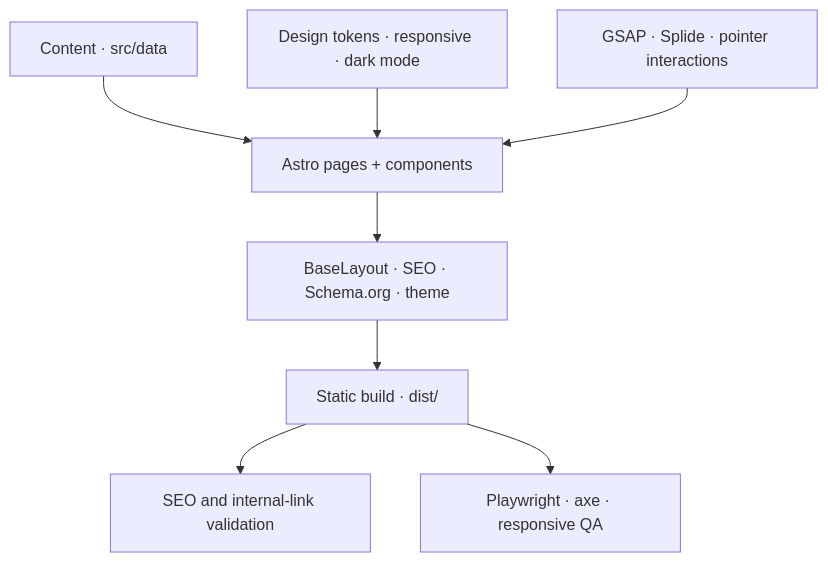
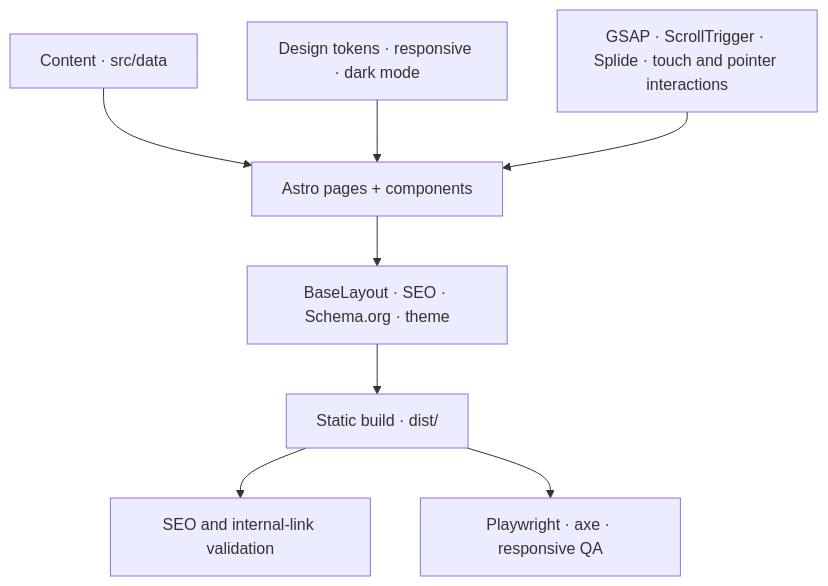
Before and after one commit to delivrixtech/nfc.ciwork.co: the diagram in README.md, drawn with Mermaid. The commit also changed other lines of this file and 5 other files, not shown here.

Commit message:
feat: add responsive scroll motion

````diff
--- a/README.md
+++ b/README.md
@@ -67,10 +67,10 @@
 ```mermaid
 flowchart TD
   Data["Content · src/data"] --> UI["Astro pages + components"]
   Styles["Design tokens · responsive · dark mode"] --> UI
-  Motion["GSAP · Splide · pointer interactions"] --> UI
+  Motion["GSAP · ScrollTrigger · Splide · touch and pointer interactions"] --> UI
   UI --> Layout["BaseLayout · SEO · Schema.org · theme"]
   Layout --> Build["Static build · dist/"]
   Build --> SEO["SEO and internal-link validation"]
   Build --> QA["Playwright · axe · responsive QA"]
 ```
````
